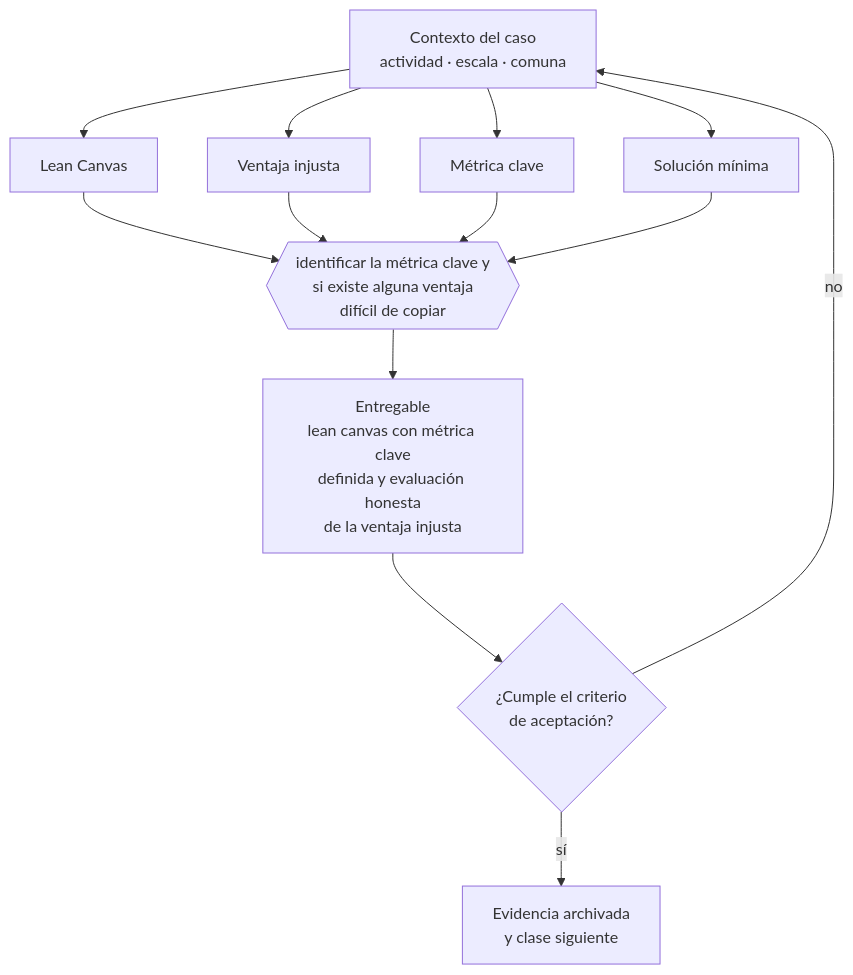
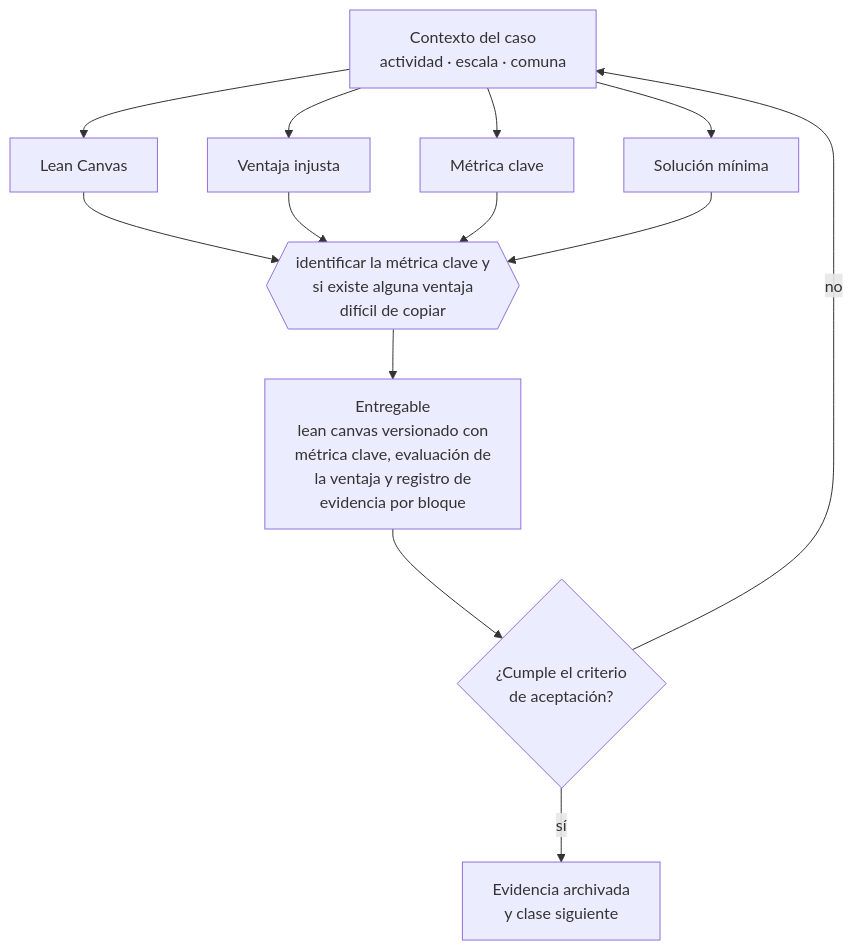
One commit to vladimiracunadev-create/modern-business-creation-program changed the diagram in curriculum/part-03-modelos-de-negocio-y-lineas-de-ingreso/class-02-lean-canvas/README.md. Above: the diagram before and after it, drawn with Mermaid. The commit also changed other lines of this file and 48 other files, not shown here.

````diff
--- a/curriculum/part-03-modelos-de-negocio-y-lineas-de-ingreso/class-02-lean-canvas/README.md
+++ b/curriculum/part-03-modelos-de-negocio-y-lineas-de-ingreso/class-02-lean-canvas/README.md
@@ -34,13 +34,13 @@
 ```mermaid
 flowchart TB
     C["Contexto del caso<br/>actividad · escala · comuna"]
     C --> A1["Lean Canvas"]
     C --> A2["Ventaja injusta"]
     C --> A3["Métrica clave"]
     C --> A4["Solución mínima"]
     A1 & A2 & A3 & A4 --> D{{"identificar la métrica clave y<br/>si existe alguna ventaja<br/>difícil de copiar"}}
-    D --> E["Entregable<br/>lean canvas con métrica clave<br/>definida y evaluación honesta<br/>de la ventaja injusta"]
+    D --> E["Entregable<br/>lean canvas versionado con<br/>métrica clave, evaluación de<br/>la ventaja y registro de<br/>evidencia por bloque"]
     E --> V{"¿Cumple el criterio<br/>de aceptación?"}
     V -->|sí| S["Evidencia archivada<br/>y clase siguiente"]
     V -->|no| C
 ```
````
